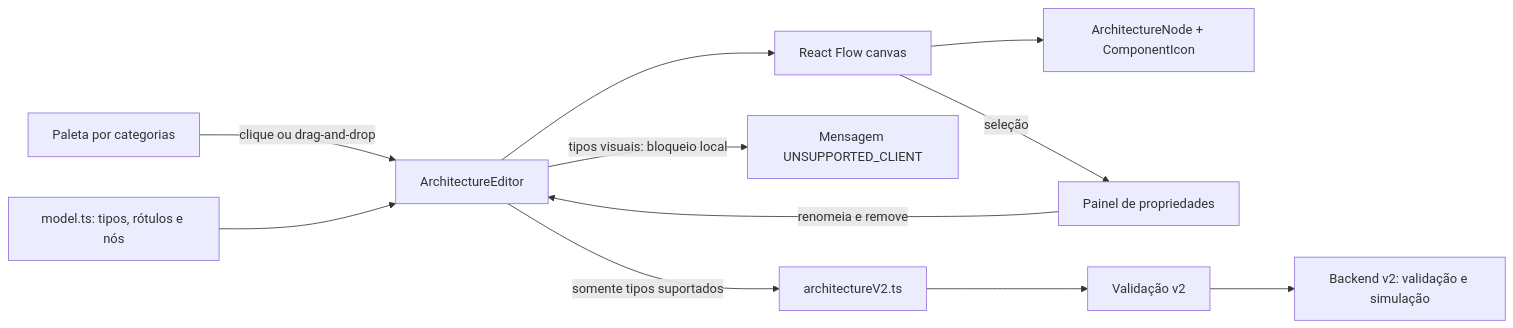
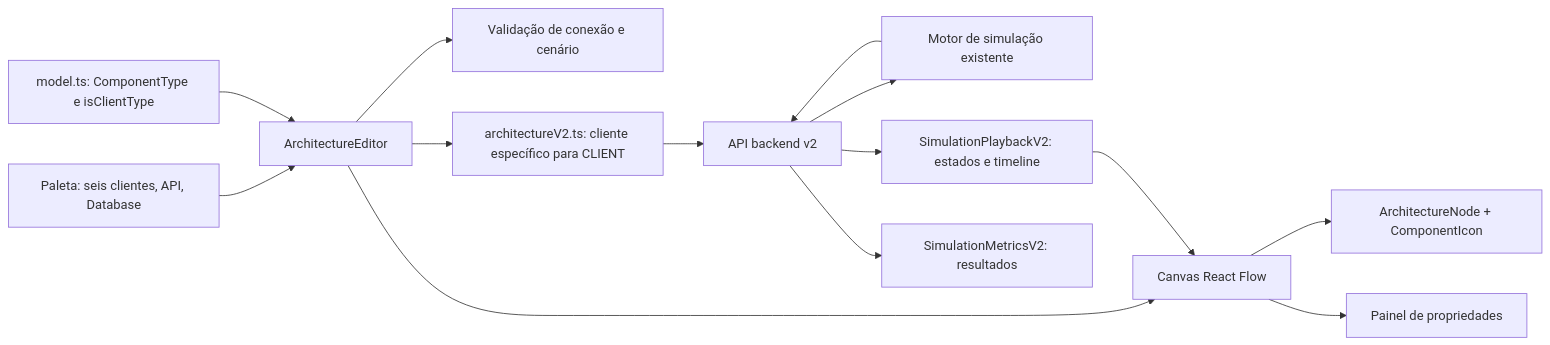
Before and after one commit to ValdemirPraxedes/ArchLab: the first of 3 diagrams in docs/implementation/v0.3-frontend-technical-defense.md, drawn with Mermaid. The commit also changed other lines of this file, not shown here.

Commit message:
docs(v0.3): defend functional client errata

````diff
--- a/docs/implementation/v0.3-frontend-technical-defense.md
+++ b/docs/implementation/v0.3-frontend-technical-defense.md
@@ -17,13 +22,16 @@
 ```mermaid
 flowchart LR
-    P[Paleta por categorias] -->|clique ou drag-and-drop| E[ArchitectureEditor]
-    M[model.ts: tipos, rótulos e nós] --> E
-    E --> C[React Flow canvas]
+    P[Paleta: seis clientes, API, Database] --> E[ArchitectureEditor]
+    M[model.ts: ComponentType e isClientType] --> E
+    E --> C[Canvas React Flow]
     C --> N[ArchitectureNode + ComponentIcon]
-    C -->|seleção| R[Painel de propriedades]
-    R -->|renomeia e remove| E
-    E -->|tipos visuais: bloqueio local| U[Mensagem UNSUPPORTED_CLIENT]
-    E -->|somente tipos suportados| S[architectureV2.ts]
-    S --> V[Validação v2]
-    V --> B[Backend v2: validação e simulação]
+    C --> R[Painel de propriedades]
+    E --> V[Validação de conexão e cenário]
+    E --> A[architectureV2.ts: cliente específico para CLIENT]
+    A --> B[API backend v2]
+    B --> S[Motor de simulação existente]
+    S --> B
+    B --> T[SimulationPlaybackV2: estados e timeline]
+    B --> Q[SimulationMetricsV2: resultados]
+    T --> C
 ```
````
